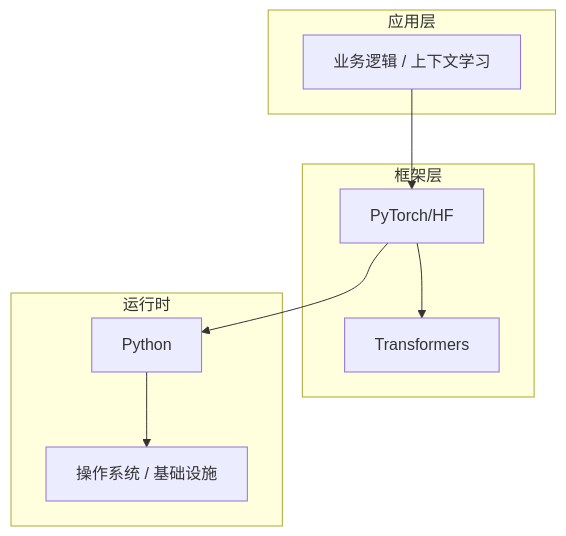
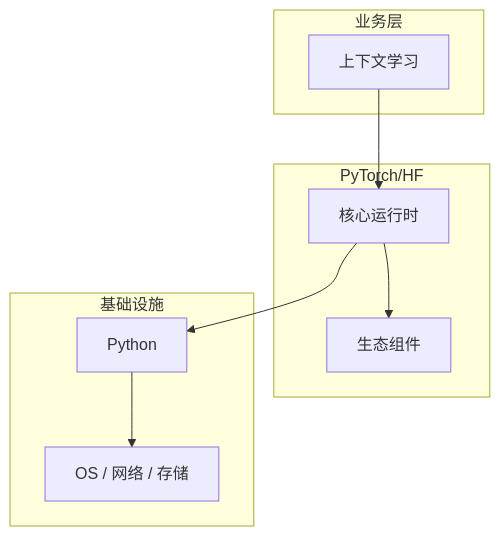
Before and after one commit to yanggan2015/knowledge-json-v2: the diagram in articles/大语言模型/chapters/065-上下文学习核心概念与原理.md, drawn with Mermaid. The commit also changed other lines of this file and 10127 other files, not shown here.

````diff
--- a/articles/大语言模型/chapters/065-上下文学习核心概念与原理.md
+++ b/articles/大语言模型/chapters/065-上下文学习核心概念与原理.md
@@ -45,18 +30,18 @@
 ```mermaid
 graph TB
-    subgraph 应用层
-        A[业务逻辑 / 上下文学习]
+    subgraph 业务层
+        A[上下文学习]
     end
-    subgraph 框架层
-        B[PyTorch/HF]
-        C[Transformers]
+    subgraph PyTorch/HF
+        B[核心运行时]
+        C[生态组件]
     end
-    subgraph 运行时
+    subgraph 基础设施
         D[Python]
-        E[操作系统 / 基础设施]
+        E[OS / 网络 / 存储]
     end
     A --> B
     B --> C
     B --> D
     D --> E
 ```
````
